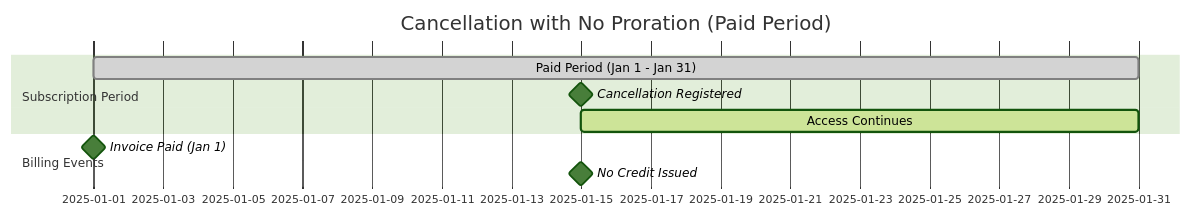
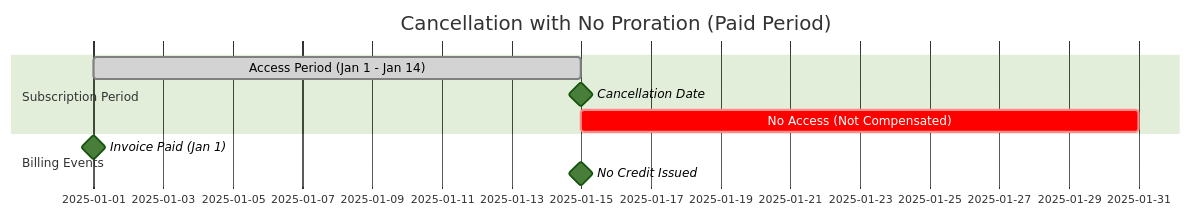
The second of 4 diagrams in source/billing/proration-policies.rst (infosoftas/info-subscription-doc), drawn with Mermaid (forest theme) before and after one commit. The commit also changed other lines of this file, not shown here.

```diff
--- a/source/billing/proration-policies.rst
+++ b/source/billing/proration-policies.rst
@@ -99,12 +105,12 @@
 .. mermaid::
 
     gantt
         title Cancellation with No Proration (Paid Period)
         dateFormat  YYYY-MM-DD
         section Subscription Period
-            Paid Period (Jan 1 - Jan 31)   :done, period, 2025-01-01, 30d
-            Cancellation Registered   :milestone, cancel, 2025-01-15, 0d
-            Access Continues   :active, access, 2025-01-15, 16d
+            Access Period (Jan 1 - Jan 14)   :done, period, 2025-01-01, 14d
+            Cancellation Date   :milestone, cancel, 2025-01-15, 0d
+            No Access (Not Compensated)   :crit, noaccess, 2025-01-15, 16d
         section Billing Events
             Invoice Paid (Jan 1)   :milestone, paid, 2025-01-01, 0d
             No Credit Issued   :milestone, nocredit, 2025-01-15, 0d
```
